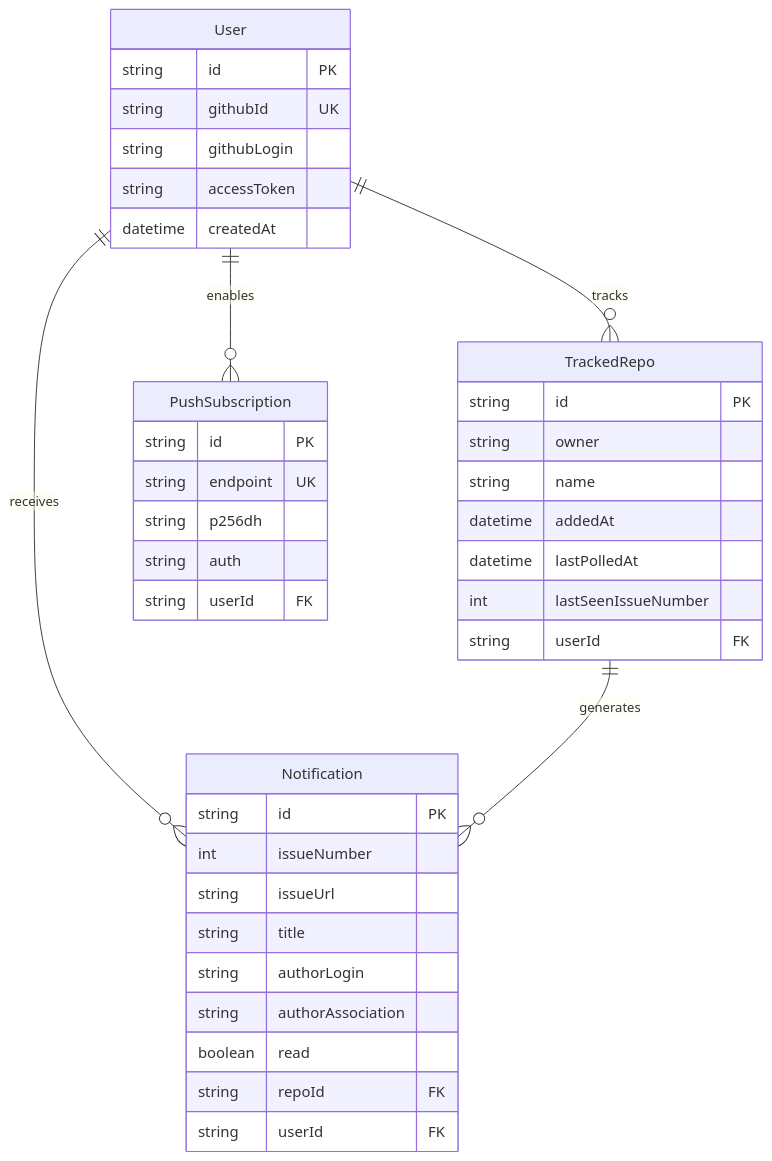
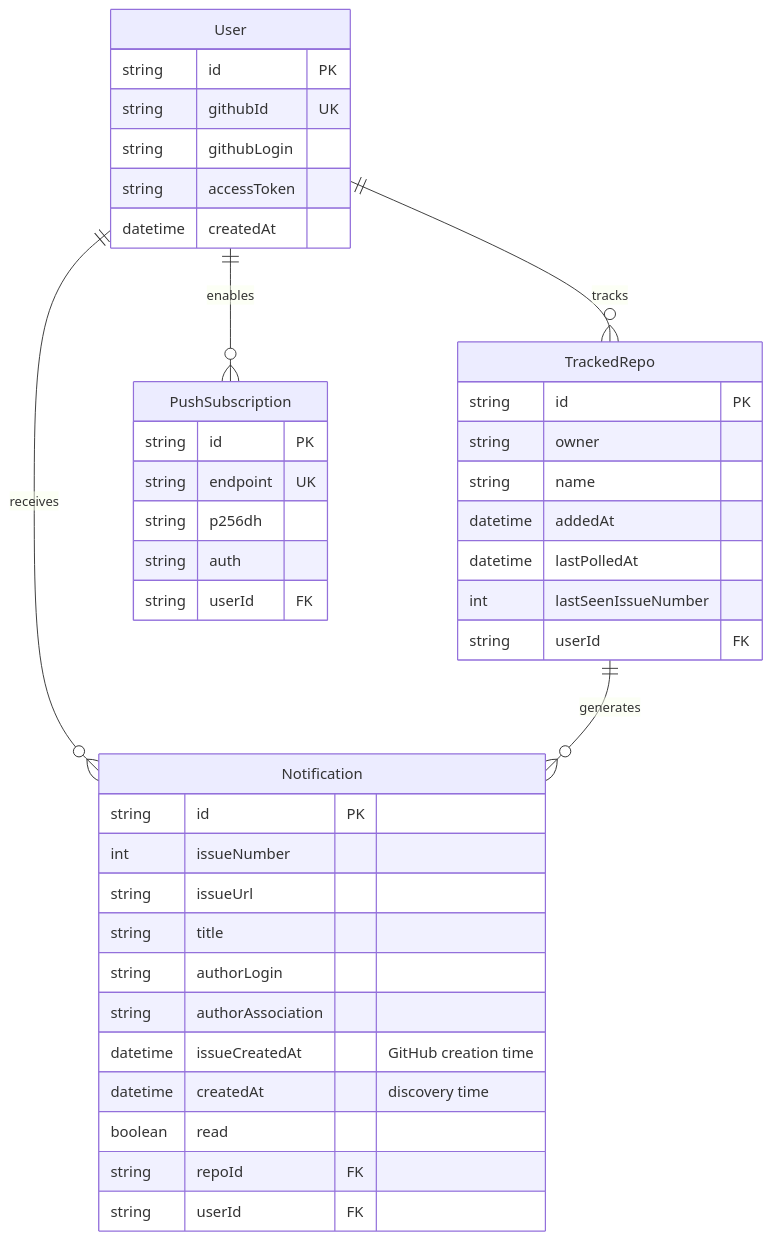
One commit to AgrimTawani/oss-manager changed the third of 8 diagrams in docs/architecture.md. Above: the diagram before and after it, drawn with Mermaid. The commit also changed other lines of this file and 8 other files, not shown here.

Commit message:
Show actual GitHub issue creation times

````diff
--- a/docs/architecture.md
+++ b/docs/architecture.md
@@ -103,45 +103,47 @@
 ```mermaid
 erDiagram
   User ||--o{ TrackedRepo : tracks
   User ||--o{ Notification : receives
   User ||--o{ PushSubscription : enables
   TrackedRepo ||--o{ Notification : generates
 
   User {
     string id PK
     string githubId UK
     string githubLogin
     string accessToken
     datetime createdAt
   }
 
   TrackedRepo {
     string id PK
     string owner
     string name
     datetime addedAt
     datetime lastPolledAt
     int lastSeenIssueNumber
     string userId FK
   }
 
   Notification {
     string id PK
     int issueNumber
     string issueUrl
     string title
     string authorLogin
     string authorAssociation
+    datetime issueCreatedAt "GitHub creation time"
+    datetime createdAt "discovery time"
     boolean read
     string repoId FK
     string userId FK
   }
 
   PushSubscription {
     string id PK
     string endpoint UK
     string p256dh
     string auth
     string userId FK
   }
 ```
````
